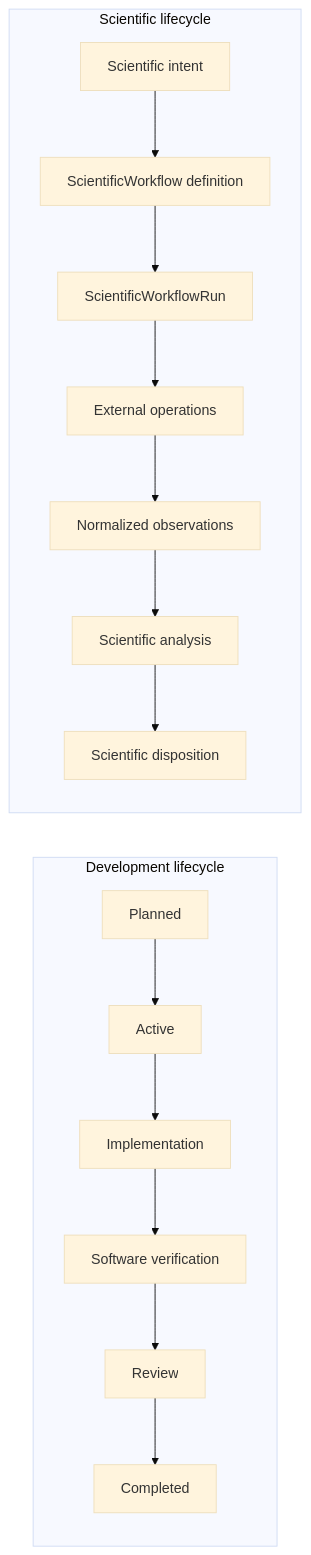
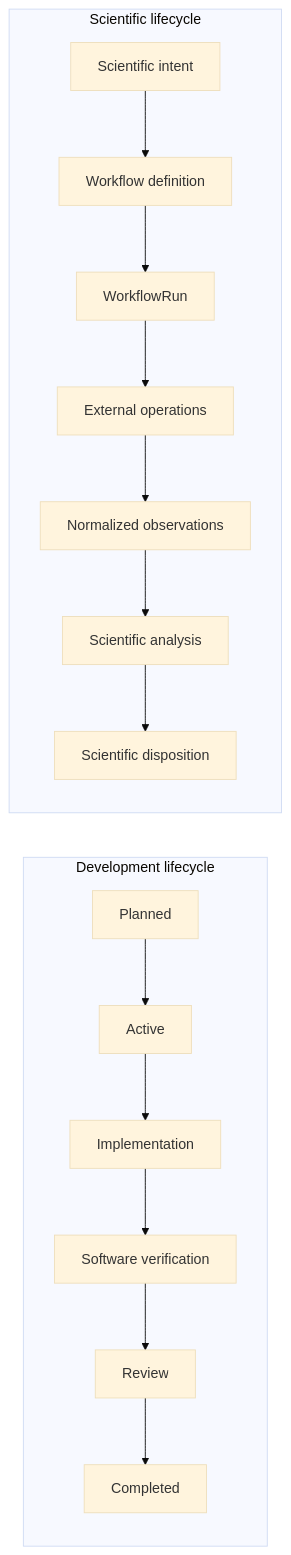
One commit to eragasa/ksdft2effmass changed the second of 2 diagrams in docs/architecture/v2/separation-of-harness-and-workflow.md. Above: the diagram before and after it, drawn with Mermaid (base theme). The commit also changed other lines of this file and 80 other files, not shown here.

Commit message:
docs: reconcile architecture v2

````diff
--- a/docs/architecture/v2/separation-of-harness-and-workflow.md
+++ b/docs/architecture/v2/separation-of-harness-and-workflow.md
@@ -61,25 +63,25 @@
 ```mermaid
 flowchart LR
     subgraph DEVELOPMENT["Development lifecycle"]
         DP["Planned"]
         DA["Active"]
         DI["Implementation"]
         DV["Software verification"]
         DR["Review"]
         DC["Completed"]
 
         DP --> DA --> DI --> DV --> DR --> DC
     end
 
     subgraph SCIENTIFIC["Scientific lifecycle"]
         SI["Scientific intent"]
-        CD["ScientificWorkflow definition"]
-        CR["ScientificWorkflowRun"]
+        CD["Workflow definition"]
+        CR["WorkflowRun"]
         EO["External operations"]
         NO["Normalized observations"]
         SA["Scientific analysis"]
         SD["Scientific disposition"]
 
         SI --> CD --> CR --> EO --> NO --> SA --> SD
     end
 ```
````
